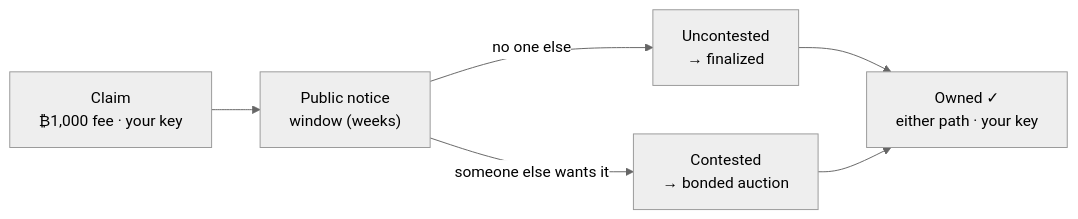
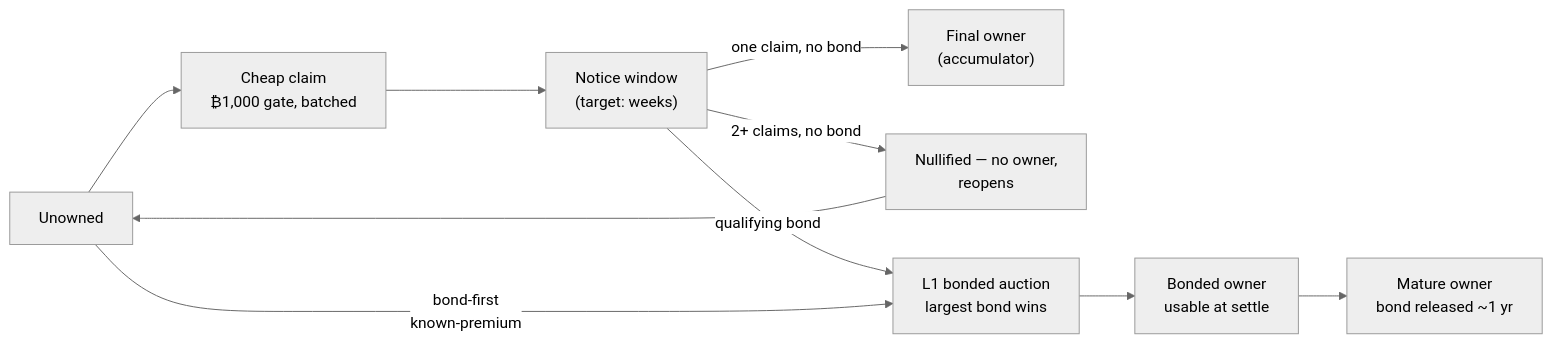
One commit to deekay/ont changed the diagram in docs/ONT_ONE_PAGER.md. Above: the diagram before and after it, drawn with Mermaid (neutral theme). The commit also changed other lines of this file and 4 other files, not shown here.

````diff
--- a/docs/ONT_ONE_PAGER.md
+++ b/docs/ONT_ONE_PAGER.md
@@ -39,6 +172,10 @@
 ```mermaid
 flowchart LR
-  C["Claim<br/>₿1,000 fee · your key"] --> N["Public notice<br/>window (weeks)"]
-  N -->|no one else| U["Uncontested<br/>→ finalized"] --> O["Owned ✓<br/>either path · your key"]
-  N -->|someone else wants it| K["Contested<br/>→ bonded auction"] --> O
+  U["Unowned"] --> C["Cheap claim<br/>₿1,000 gate, batched"]
+  C --> N["Notice window<br/>(target: weeks)"]
+  N -->|one claim, no bond| F["Final owner<br/>(accumulator)"]
+  N -->|2+ claims, no bond| X["Nullified — no owner,<br/>reopens"] --> U
+  N -->|qualifying bond| A["L1 bonded auction<br/>largest bond wins"]
+  U -->|bond-first<br/>known-premium| A
+  A --> B["Bonded owner<br/>usable at settle"] --> M["Mature owner<br/>bond released ~1 yr"]
 ```
````
